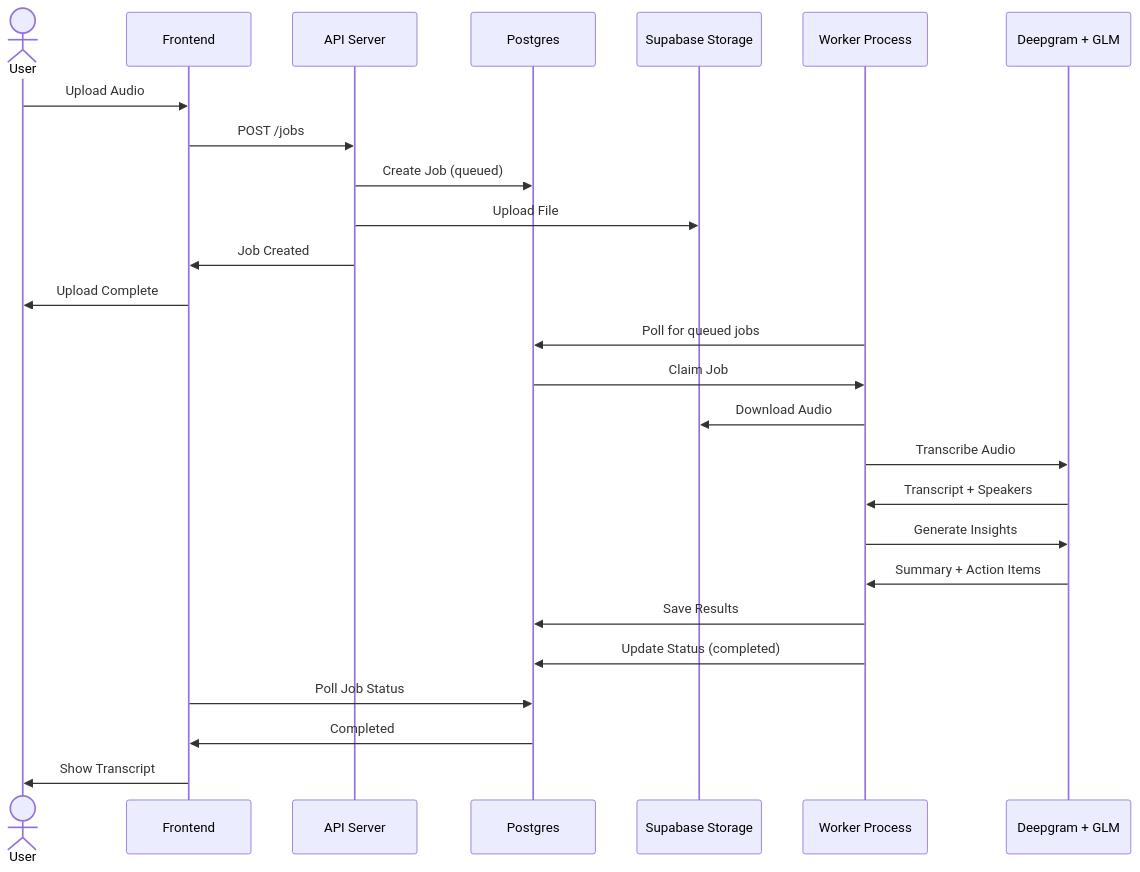
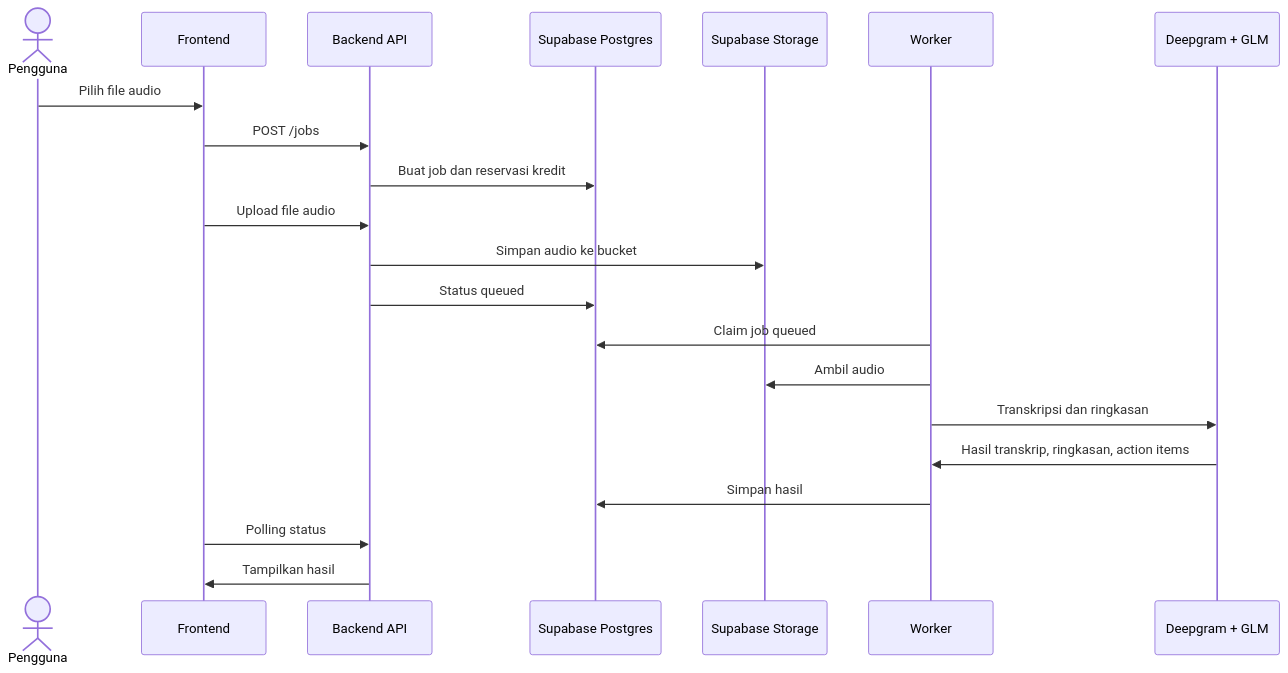
One commit to PIRANUSA-AI/taskit changed the second of 2 diagrams in README.md. Above: the diagram before and after it, drawn with Mermaid. The commit also changed other lines of this file and 4 other files, not shown here.

````diff
--- a/README.md
+++ b/README.md
@@ -93,30 +81,24 @@
 ```mermaid
 sequenceDiagram
-    actor User
+    actor User as Pengguna
     participant UI as Frontend
-    participant API as API Server
-    participant DB as Postgres
+    participant API as Backend API
+    participant DB as Supabase Postgres
     participant Store as Supabase Storage
-    participant Worker as Worker Process
+    participant Worker as Worker
     participant AI as Deepgram + GLM
 
-    User->>UI: Upload Audio
+    User->>UI: Pilih file audio
     UI->>API: POST /jobs
-    API->>DB: Create Job (queued)
-    API->>Store: Upload File
-    API->>UI: Job Created
-    UI->>User: Upload Complete
-
-    Worker->>DB: Poll for queued jobs
-    DB->>Worker: Claim Job
-    Worker->>Store: Download Audio
-    Worker->>AI: Transcribe Audio
-    AI->>Worker: Transcript + Speakers
-    Worker->>AI: Generate Insights
-    AI->>Worker: Summary + Action Items
-    Worker->>DB: Save Results
-    Worker->>DB: Update Status (completed)
-    UI->>DB: Poll Job Status
-    DB->>UI: Completed
-    UI->>User: Show Transcript
+    API->>DB: Buat job dan reservasi kredit
+    UI->>API: Upload file audio
+    API->>Store: Simpan audio ke bucket
+    API->>DB: Status queued
+    Worker->>DB: Claim job queued
+    Worker->>Store: Ambil audio
+    Worker->>AI: Transkripsi dan ringkasan
+    AI->>Worker: Hasil transkrip, ringkasan, action items
+    Worker->>DB: Simpan hasil
+    UI->>API: Polling status
+    API->>UI: Tampilkan hasil
 ```
````
